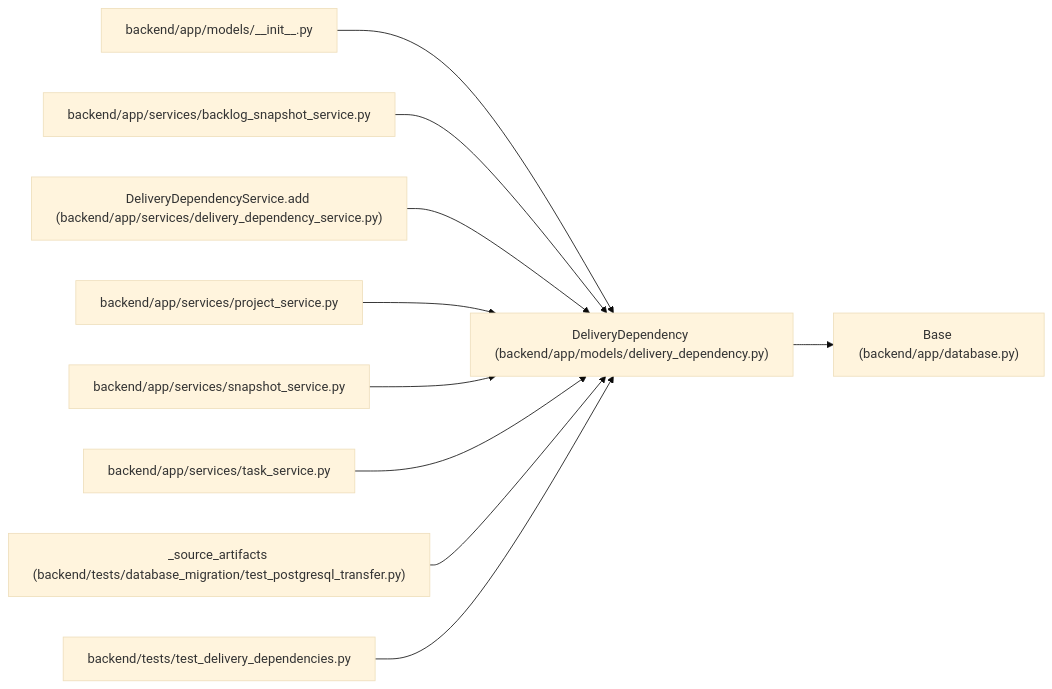
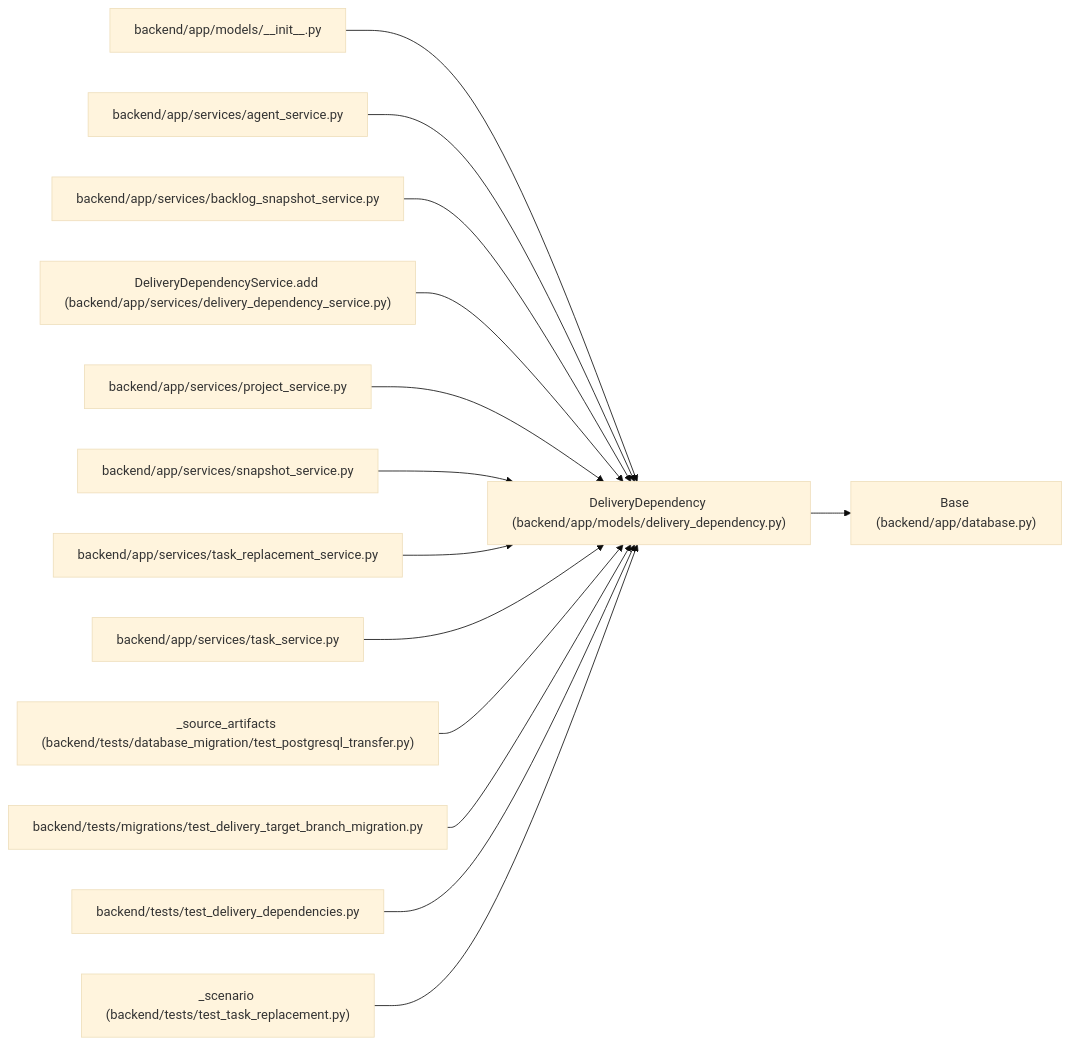
The diagram in docs/llm_wiki/entities/DeliveryDependency.md (Denissvgn/WorkChord), drawn with Mermaid (base theme) before and after one commit. The commit also changed other lines of this file and 1817 other files, not shown here.

First line of the commit message:
Refresh the architectural wiki for the 1.9.0 changes

````diff
--- a/docs/llm_wiki/entities/DeliveryDependency.md
+++ b/docs/llm_wiki/entities/DeliveryDependency.md
@@ -28,32 +29,44 @@
 ```mermaid
 flowchart LR
     n0["DeliveryDependency (backend/app/models/delivery_dependency.py)"]
     n1["Base (backend/app/database.py)"]
     n2["backend/app/models/__init__.py"]
-    n3["backend/app/services/backlog_snapshot_service.py"]
-    n4["DeliveryDependencyService.add (backend/app/services/delivery_dependency_service.py)"]
-    n5["backend/app/services/project_service.py"]
-    n6["backend/app/services/snapshot_service.py"]
-    n7["backend/app/services/task_service.py"]
-    n8["_source_artifacts (backend/tests/database_migration/test_postgresql_transfer.py)"]
-    n9["backend/tests/test_delivery_dependencies.py"]
+    n3["backend/app/services/agent_service.py"]
+    n4["backend/app/services/backlog_snapshot_service.py"]
+    n5["DeliveryDependencyService.add (backend/app/services/delivery_dependency_service.py)"]
+    n6["backend/app/services/project_service.py"]
+    n7["backend/app/services/snapshot_service.py"]
+    n8["backend/app/services/task_replacement_service.py"]
+    n9["backend/app/services/task_service.py"]
+    n10["_source_artifacts (backend/tests/database_migration/test_postgresql_transfer.py)"]
+    n11["backend/tests/migrations/test_delivery_target_branch_migration.py"]
+    n12["backend/tests/test_delivery_dependencies.py"]
+    n13["_scenario (backend/tests/test_task_replacement.py)"]
     n0 --> n1
     n2 --> n0
     n3 --> n0
     n4 --> n0
     n5 --> n0
     n6 --> n0
     n7 --> n0
     n8 --> n0
     n9 --> n0
+    n10 --> n0
+    n11 --> n0
+    n12 --> n0
+    n13 --> n0
     click n0 "../modules/delivery_dependency.md"
     click n1 "../modules/app_database.md"
     click n2 "../modules/models___init__.md"
-    click n3 "../modules/backlog_snapshot_service.md"
-    click n4 "../modules/delivery_dependency_service.md"
-    click n5 "../modules/project_service.md"
-    click n6 "../modules/snapshot_service.md"
-    click n7 "../modules/task_service.md"
-    click n8 "../modules/test_postgresql_transfer.md"
-    click n9 "../modules/test_delivery_dependencies.md"
+    click n3 "../modules/agent_service.md"
+    click n4 "../modules/backlog_snapshot_service.md"
+    click n5 "../modules/delivery_dependency_service.md"
+    click n6 "../modules/project_service.md"
+    click n7 "../modules/snapshot_service.md"
+    click n8 "../modules/task_replacement_service.md"
+    click n9 "../modules/task_service.md"
+    click n10 "../modules/test_postgresql_transfer.md"
+    click n11 "../modules/test_delivery_target_branch_migration.md"
+    click n12 "../modules/test_delivery_dependencies.md"
+    click n13 "../modules/test_task_replacement.md"
 ```
````
